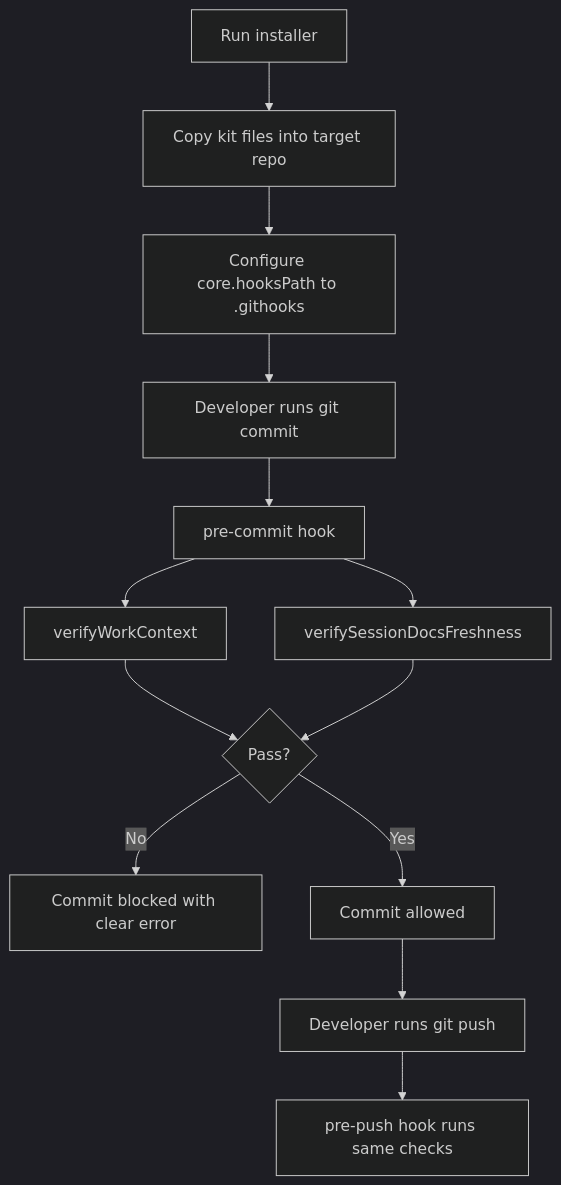
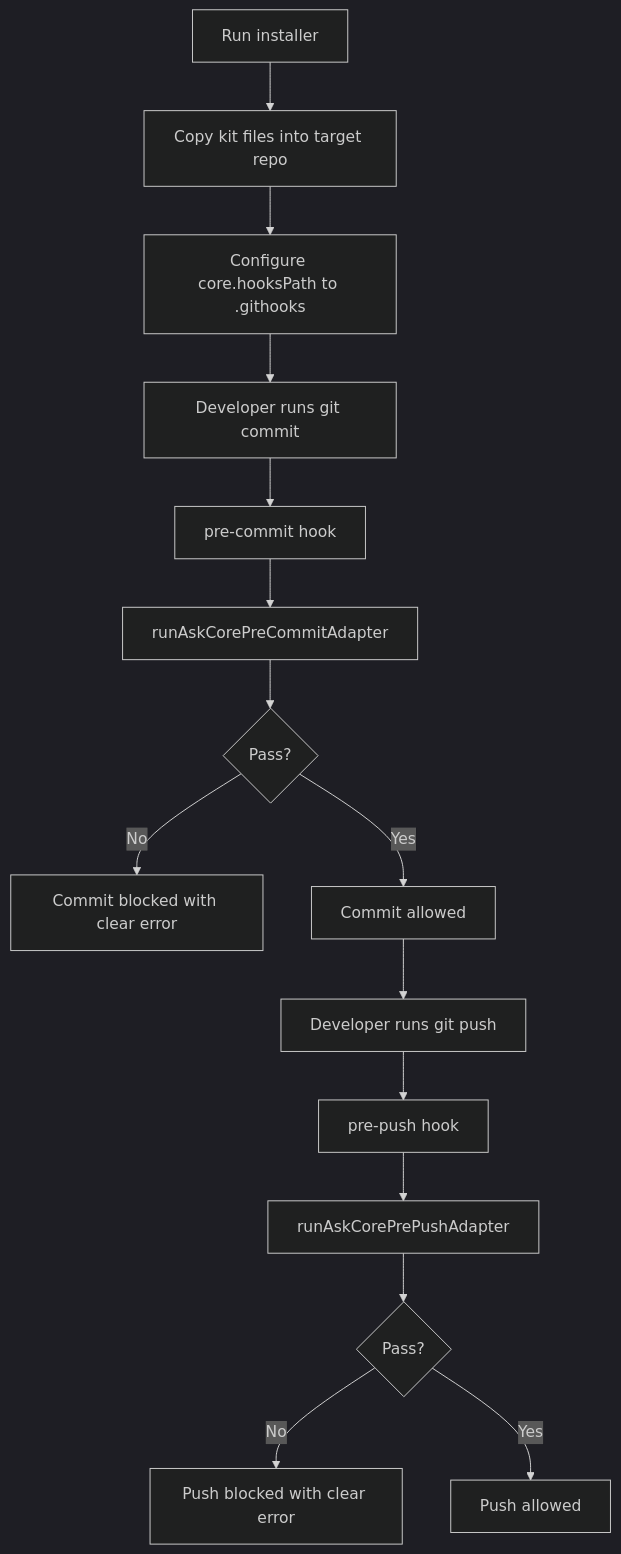
One commit to qarau/agent-session-kit changed the diagram in docs/how-it-works.md. Above: the diagram before and after it, drawn with Mermaid (dark theme). The commit also changed other lines of this file and 4 other files, not shown here.

Commit message:
docs: publish ask-core-only runtime guidance

````diff
--- a/docs/how-it-works.md
+++ b/docs/how-it-works.md
@@ -22,15 +22,17 @@
 ```mermaid
 flowchart TD
     A[Run installer] --> B[Copy kit files into target repo]
     B --> C[Configure core.hooksPath to .githooks]
     C --> D[Developer runs git commit]
     D --> E[pre-commit hook]
-    E --> F[verifyWorkContext]
-    E --> G[verifySessionDocsFreshness]
-    F --> H{Pass?}
-    G --> H
-    H -- No --> I[Commit blocked with clear error]
-    H -- Yes --> J[Commit allowed]
-    J --> K[Developer runs git push]
-    K --> L[pre-push hook runs same checks]
+    E --> F[runAskCorePreCommitAdapter]
+    F --> G{Pass?}
+    G -- No --> H[Commit blocked with clear error]
+    G -- Yes --> I[Commit allowed]
+    I --> J[Developer runs git push]
+    J --> K[pre-push hook]
+    K --> L[runAskCorePrePushAdapter]
+    L --> M{Pass?}
+    M -- No --> N[Push blocked with clear error]
+    M -- Yes --> O[Push allowed]
 ```
````
